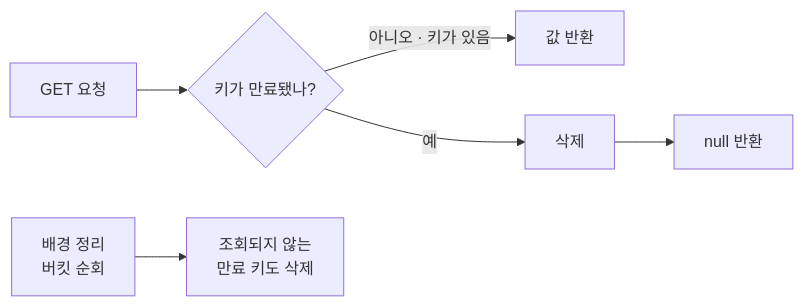
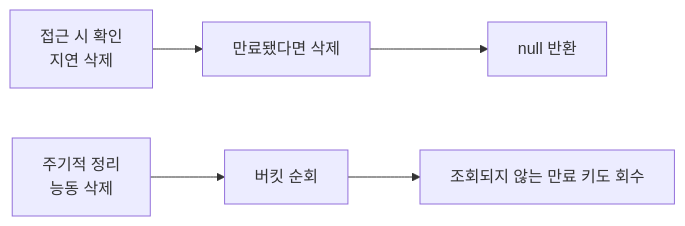
Before and after one commit to woojinnj/mini-redis: the third of 6 diagrams in README.md, drawn with Mermaid. The commit also changed other lines of this file and 1 other file, not shown here.

````diff
--- a/README.md
+++ b/README.md
@@ -80,8 +57,5 @@
 ```mermaid
 flowchart LR
-    G["GET 요청"] --> Q{"키가 만료됐나?"}
-    Q -->|"아니오 · 키가 있음"| V["값 반환"]
-    Q -->|"예"| D["삭제"]
-    D --> R["null 반환"]
-    B["배경 정리<br/>버킷 순회"] --> U["조회되지 않는<br/>만료 키도 삭제"]
+    G["접근 시 확인<br/>지연 삭제"] --> D["만료됐다면 삭제"] --> R["null 반환"]
+    B["주기적 정리<br/>능동 삭제"] --> U["버킷 순회"] --> F["조회되지 않는 만료 키도 회수"]
 ```
````
